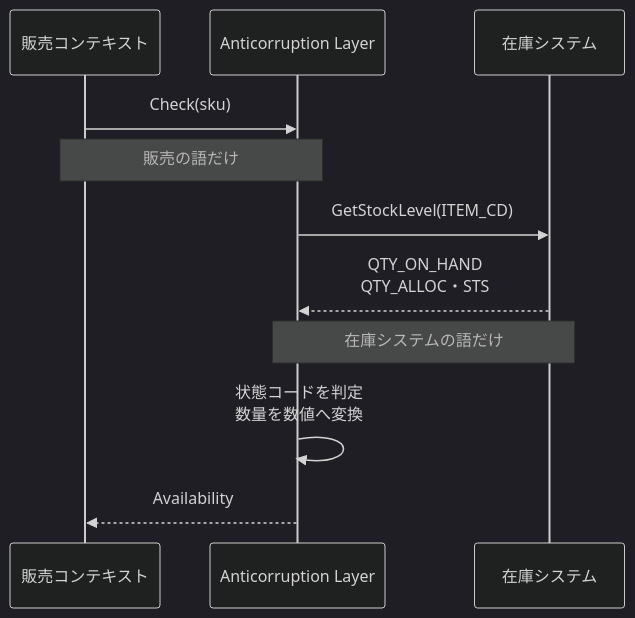
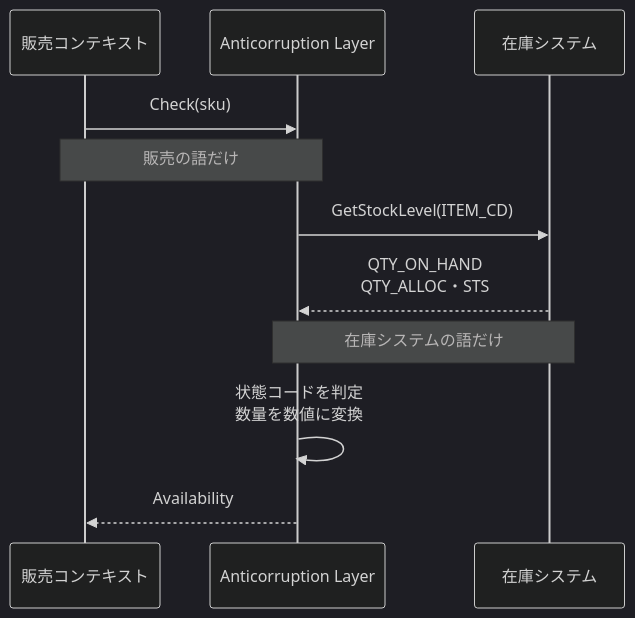
One commit to nao1215/debimate changed the fourth of 5 diagrams in content/notes/software-architecture/anti-corruption-layer/index.md. Above: the diagram before and after it, drawn with Mermaid (dark theme). The commit also changed other lines of this file and 46 other files, not shown here.

````diff
--- a/content/notes/software-architecture/anti-corruption-layer/index.md
+++ b/content/notes/software-architecture/anti-corruption-layer/index.md
@@ -244,13 +244,13 @@
 ```mermaid
 sequenceDiagram
     participant S as 販売コンテキスト
     participant A as Anticorruption Layer
     participant U as 在庫システム
     S->>A: Check(sku)
     Note over S,A: 販売の語だけ
     A->>U: GetStockLevel(ITEM_CD)
     U-->>A: QTY_ON_HAND<br/>QTY_ALLOC・STS
     Note over A,U: 在庫システムの語だけ
-    A->>A: 状態コードを判定<br/>数量を数値へ変換
+    A->>A: 状態コードを判定<br/>数量を数値に変換
     A-->>S: Availability
 ```
````
